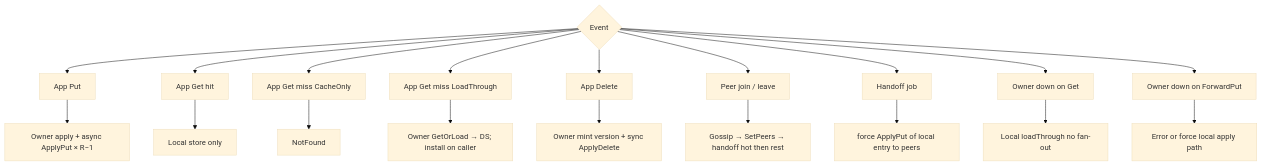
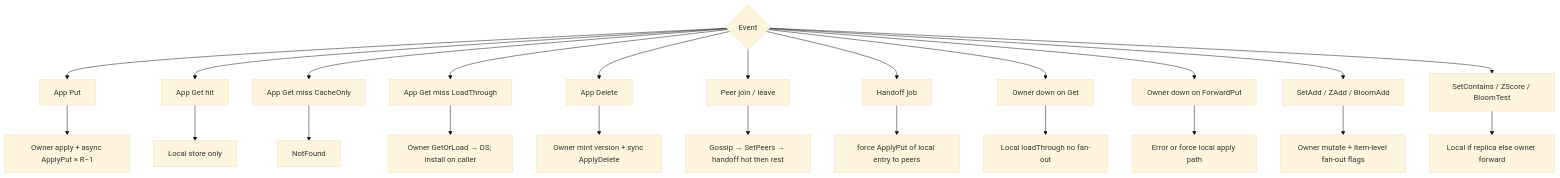
Before and after one commit to Code0987/supercache: diagram 18 of 18 in docs/CLUSTER_FLOWS.md, drawn with Mermaid (base theme). The commit also changed other lines of this file and 7 other files, not shown here.

First line of the commit message:
Document Bloom, ModeSet, and ModeZSet in product docs.

````diff
--- a/docs/CLUSTER_FLOWS.md
+++ b/docs/CLUSTER_FLOWS.md
@@ -379,22 +395,26 @@
 ```mermaid
 flowchart TD
   E{"Event"} --> E1["App Put"]
   E --> E2["App Get hit"]
   E --> E3["App Get miss CacheOnly"]
   E --> E4["App Get miss LoadThrough"]
   E --> E5["App Delete"]
   E --> E6["Peer join / leave"]
   E --> E7["Handoff job"]
   E --> E8["Owner down on Get"]
   E --> E9["Owner down on ForwardPut"]
+  E --> E10["SetAdd / ZAdd / BloomAdd"]
+  E --> E11["SetContains / ZScore / BloomTest"]
 
   E1 --> A1["Owner apply + async ApplyPut × R−1"]
   E2 --> A2["Local store only"]
   E3 --> A3["NotFound"]
   E4 --> A4["Owner GetOrLoad → DS; install on caller"]
   E5 --> A5["Owner mint version + sync ApplyDelete"]
   E6 --> A6["Gossip → SetPeers → handoff hot then rest"]
   E7 --> A7["force ApplyPut of local entry to peers"]
   E8 --> A8["Local loadThrough no fan-out"]
   E9 --> A9["Error or force local apply path"]
+  E10 --> A10["Owner mutate + item-level fan-out flags"]
+  E11 --> A11["Local if replica else owner forward"]
 ```
````
